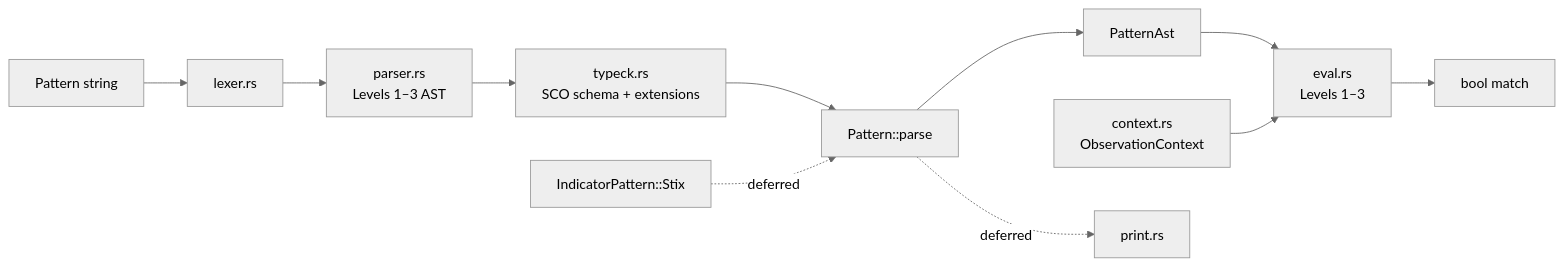
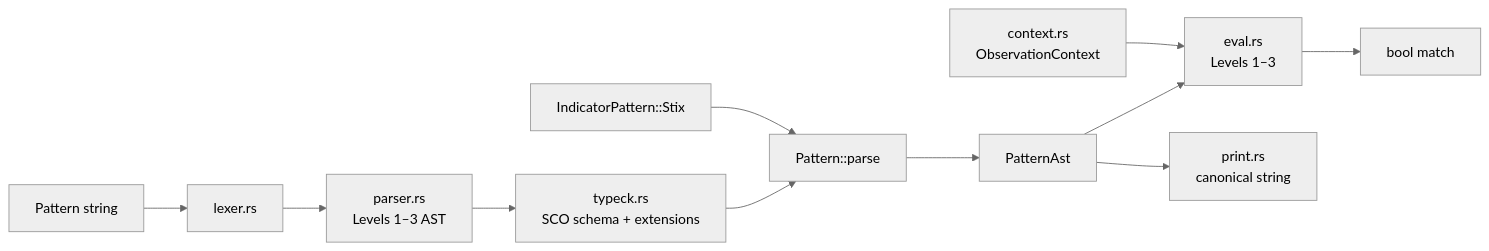
Before and after one commit to SecurityEnthusiast/rsigma: the diagram in crates/rstix/README.md, drawn with Mermaid (neutral theme). The commit also changed other lines of this file and 30 other files, not shown here.

First line of the commit message:
feat(rstix): complete Pattern Engine PR 3.6 with IndicatorBuilder

````diff
--- a/crates/rstix/README.md
+++ b/crates/rstix/README.md
@@ -83,14 +84,13 @@
 ```mermaid
 flowchart LR
     SRC["Pattern string"] --> LEX["lexer.rs"]
     LEX --> PAR["parser.rs<br/>Levels 1–3 AST"]
     PAR --> TCK["typeck.rs<br/>SCO schema + extensions"]
     TCK --> PAT["Pattern::parse"]
     PAT --> AST["PatternAst"]
     AST --> EVAL["eval.rs<br/>Levels 1–3"]
     CTX["context.rs<br/>ObservationContext"] --> EVAL
     EVAL --> OUT["bool match"]
-
-    PAT -.->|"deferred"| PRINT["print.rs"]
-    IND["IndicatorPattern::Stix"] -.->|"deferred"| PAT
+    AST --> PRINT["print.rs<br/>canonical string"]
+    IND["IndicatorPattern::Stix"] --> PAT
 ```
````
